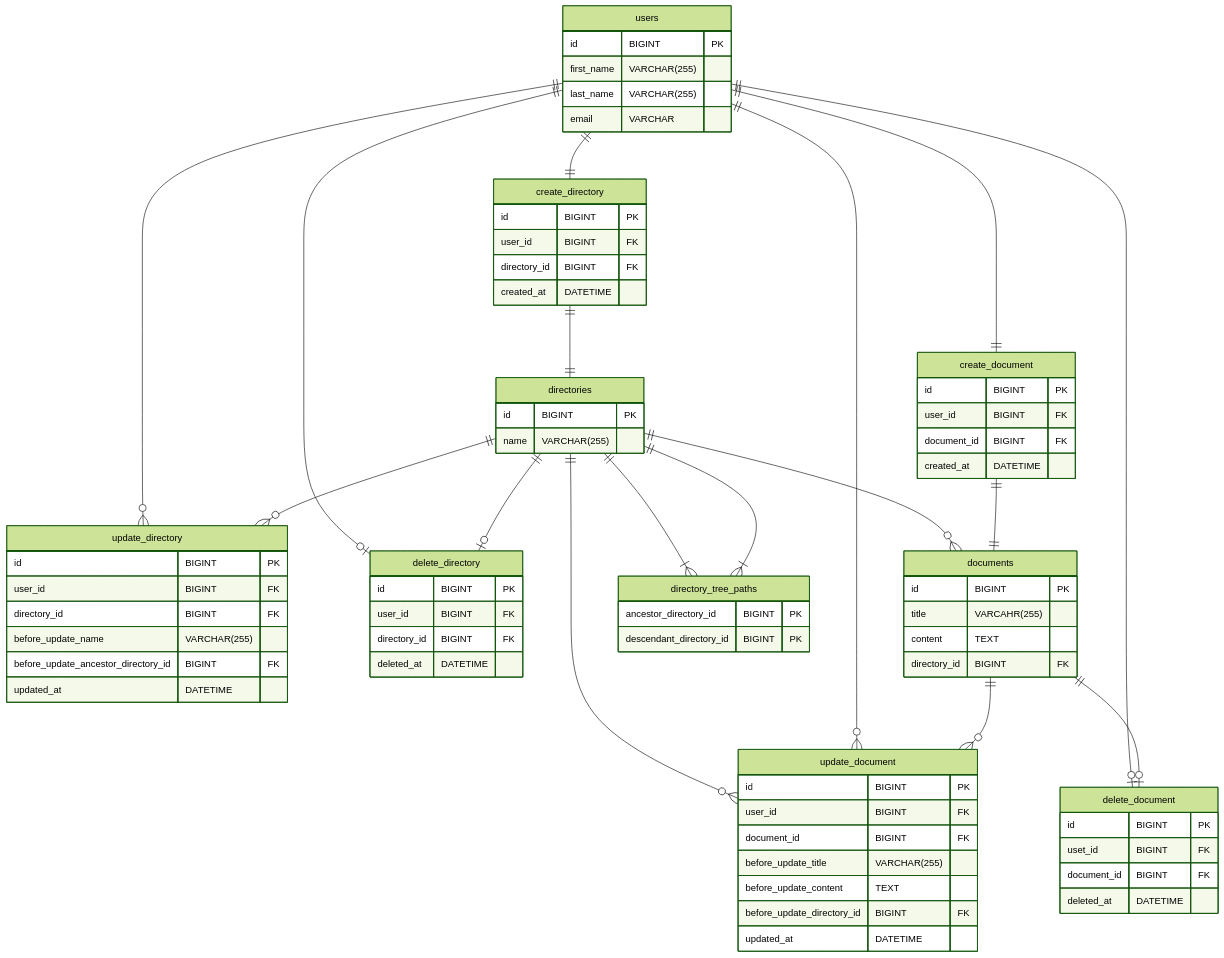
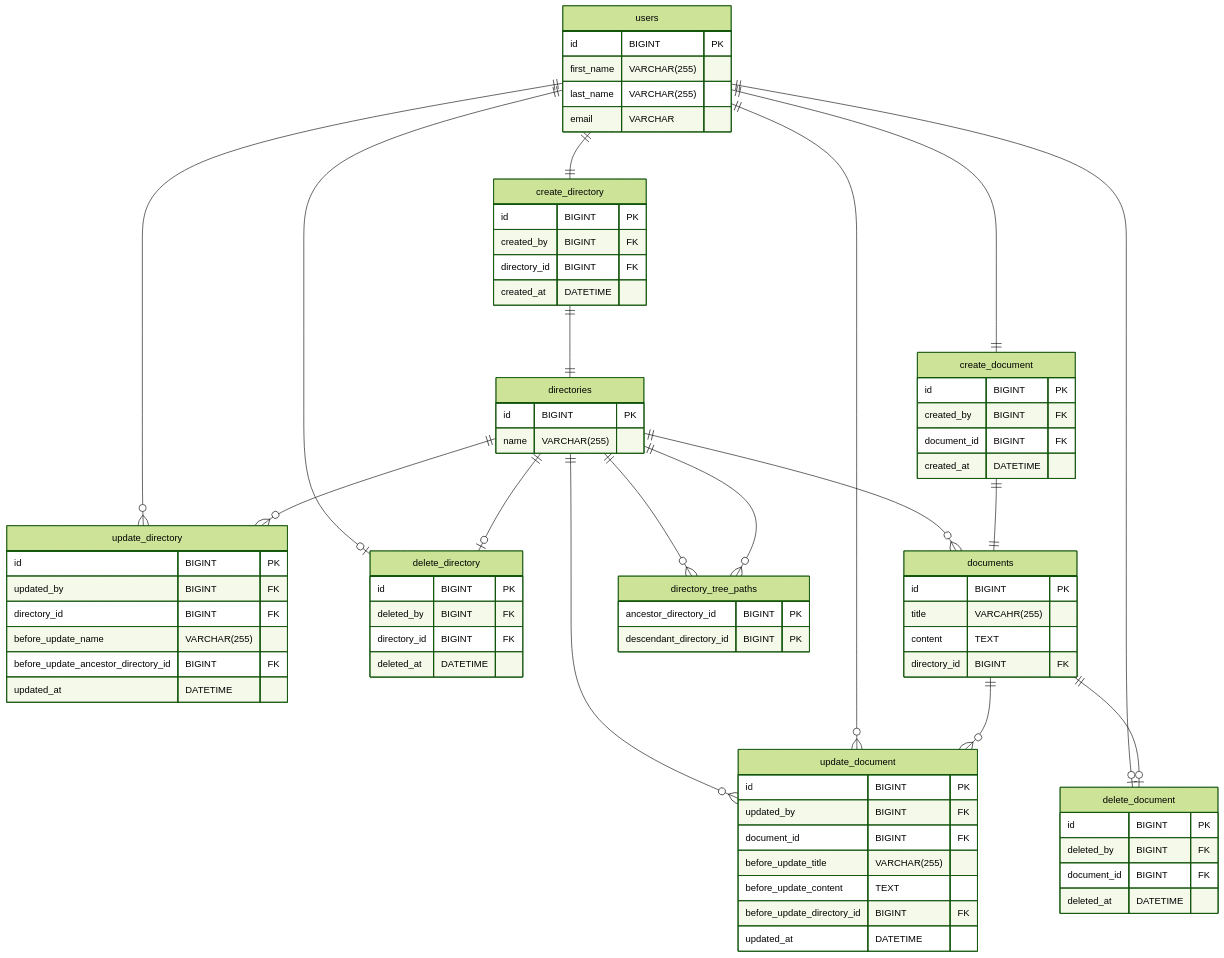
The diagram in I84PdeRyF2ApGF/db_modeling03/er_diagram.md (praha-inc/praha-challenge-7), drawn with Mermaid (forest theme) before and after one commit.

Commit message:
[Fix] erDiagram

```diff
--- a/I84PdeRyF2ApGF/db_modeling03/er_diagram.md
+++ b/I84PdeRyF2ApGF/db_modeling03/er_diagram.md
@@ -20,8 +20,8 @@
 documents ||--o| delete_document : ""
 
 %% ディレクトリーサブディレクトリ関連
-directory_tree_paths }|--|| directories : ""
-directories ||--|{ directory_tree_paths : ""
+directory_tree_paths }o--|| directories : ""
+directories ||--o{ directory_tree_paths : ""
 
 %% リソース
 %% ユーザー
@@ -56,7 +56,7 @@
 %% ディレクトリ作成
 create_directory{
     id BIGINT PK
-    user_id BIGINT FK
+    created_by BIGINT FK
     directory_id BIGINT FK
     created_at DATETIME
 }
@@ -64,7 +64,7 @@
 %% ディレクトリ削除
 delete_directory{
     id BIGINT PK
-    user_id BIGINT FK
+    deleted_by BIGINT FK
     directory_id BIGINT FK
     deleted_at DATETIME
 }
@@ -72,7 +72,7 @@
 %% ディレクトリ更新
 update_directory{
     id BIGINT PK
-    user_id BIGINT FK
+    updated_by BIGINT FK
     directory_id BIGINT FK
     before_update_name VARCHAR(255)
     before_update_ancestor_directory_id BIGINT FK
@@ -82,7 +82,7 @@
 %% ドキュメント作成
 create_document{
     id BIGINT PK
-    user_id BIGINT FK
+    created_by BIGINT FK
     document_id BIGINT FK
     created_at DATETIME
 }
@@ -90,7 +90,7 @@
 %% ドキュメント削除
 delete_document{
     id BIGINT PK
-    uset_id BIGINT FK
+    deleted_by BIGINT FK
     document_id BIGINT FK
     deleted_at DATETIME
 }
@@ -98,7 +98,7 @@
 %% ドキュメント更新
 update_document{
     id BIGINT PK
-    user_id BIGINT FK
+    updated_by BIGINT FK
     document_id BIGINT FK
     before_update_title VARCHAR(255)
     before_update_content TEXT
```
